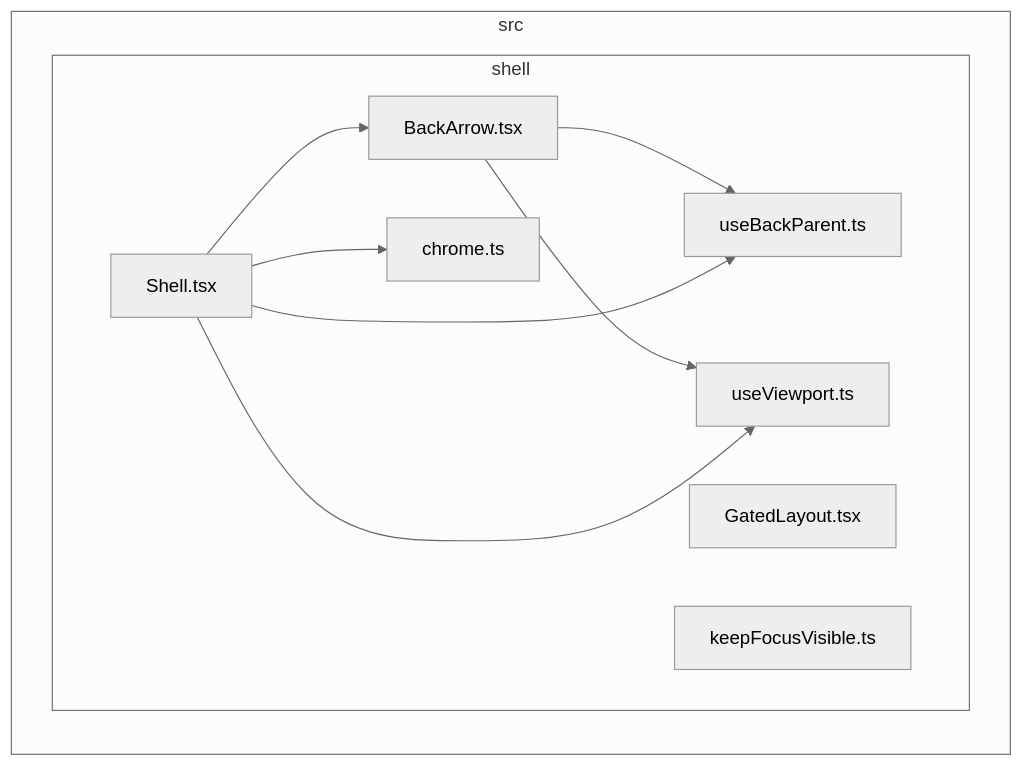
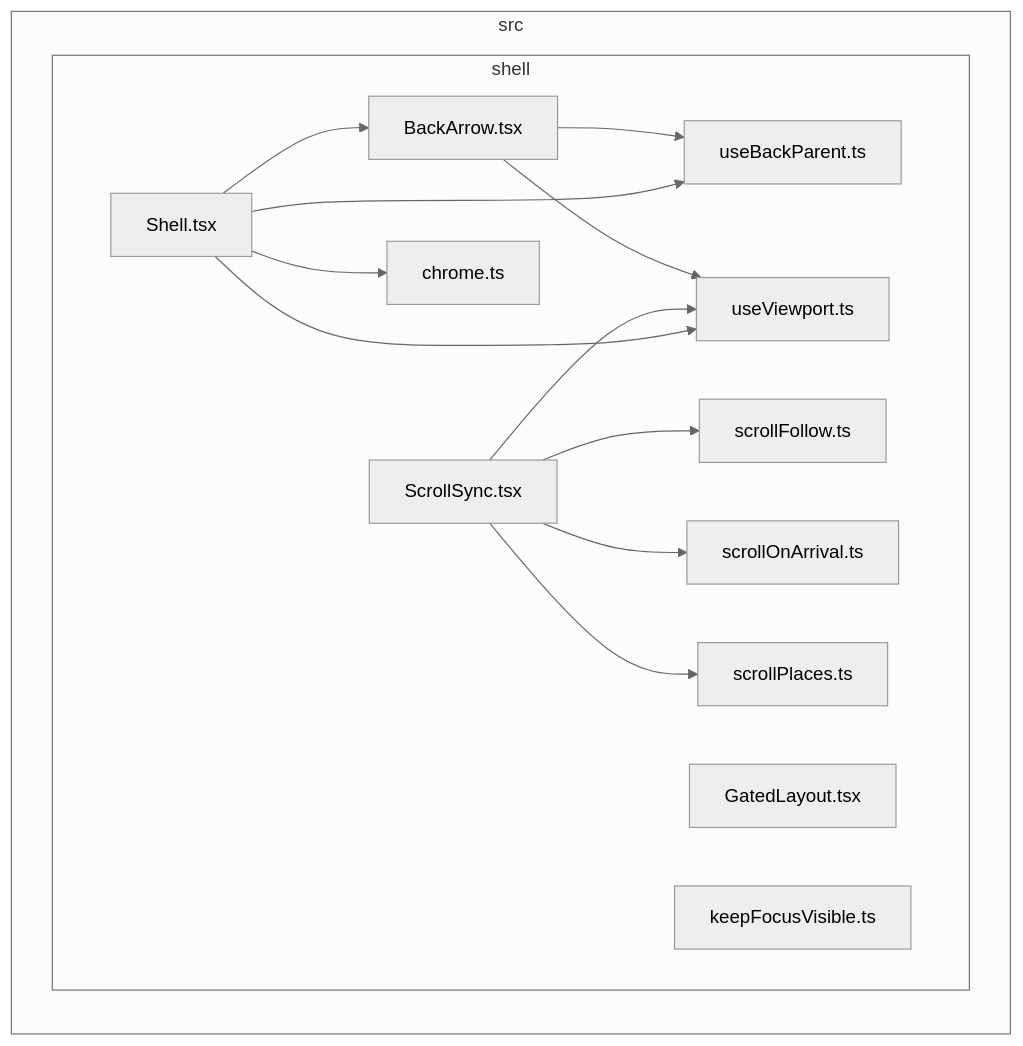
The diagram in docs/architecture/generated/front-modules/shell.md (GonzaloZevallos/apostrophe), drawn with Mermaid (neutral theme) before and after one commit. The commit also changed 2 other files, not shown here.

Commit message:
Regenerate the front module graphs after merging master
Master added shell scroll files and theme/systemTheme.ts after the graphs were generated, so the
docs job's stale check (which runs on the merge with master) found them behind. Regenerated only
through scripts.docs.generate.

````diff
--- a/docs/architecture/generated/front-modules/shell.md
+++ b/docs/architecture/generated/front-modules/shell.md
@@ -7,20 +7,28 @@
 ```mermaid
 flowchart LR
 subgraph src["src"]
   subgraph src_shell["shell"]
     src_shell_BackArrow_tsx["BackArrow.tsx"]
     src_shell_GatedLayout_tsx["GatedLayout.tsx"]
+    src_shell_ScrollSync_tsx["ScrollSync.tsx"]
     src_shell_Shell_tsx["Shell.tsx"]
     src_shell_chrome_ts["chrome.ts"]
     src_shell_keepFocusVisible_ts["keepFocusVisible.ts"]
+    src_shell_scrollFollow_ts["scrollFollow.ts"]
+    src_shell_scrollOnArrival_ts["scrollOnArrival.ts"]
+    src_shell_scrollPlaces_ts["scrollPlaces.ts"]
     src_shell_useBackParent_ts["useBackParent.ts"]
     src_shell_useViewport_ts["useViewport.ts"]
   end
 end
 src_shell_BackArrow_tsx-->src_shell_useBackParent_ts
 src_shell_BackArrow_tsx-->src_shell_useViewport_ts
+src_shell_ScrollSync_tsx-->src_shell_scrollFollow_ts
+src_shell_ScrollSync_tsx-->src_shell_scrollOnArrival_ts
+src_shell_ScrollSync_tsx-->src_shell_scrollPlaces_ts
+src_shell_ScrollSync_tsx-->src_shell_useViewport_ts
 src_shell_Shell_tsx-->src_shell_BackArrow_tsx
 src_shell_Shell_tsx-->src_shell_chrome_ts
 src_shell_Shell_tsx-->src_shell_useBackParent_ts
 src_shell_Shell_tsx-->src_shell_useViewport_ts
 ```
````
